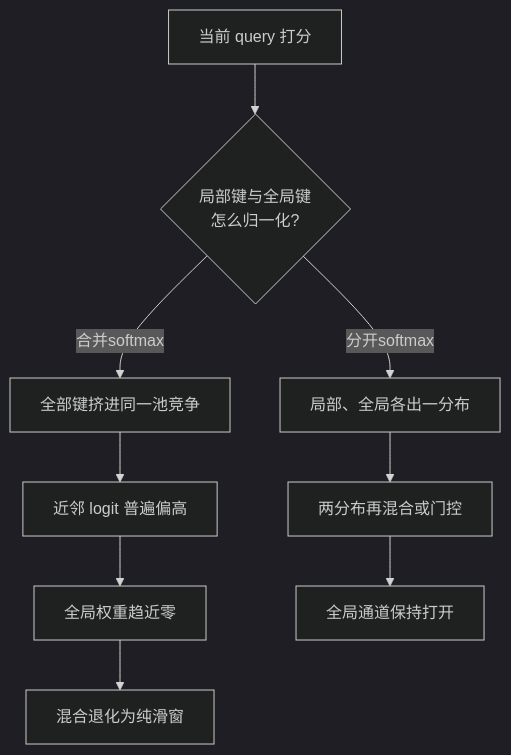
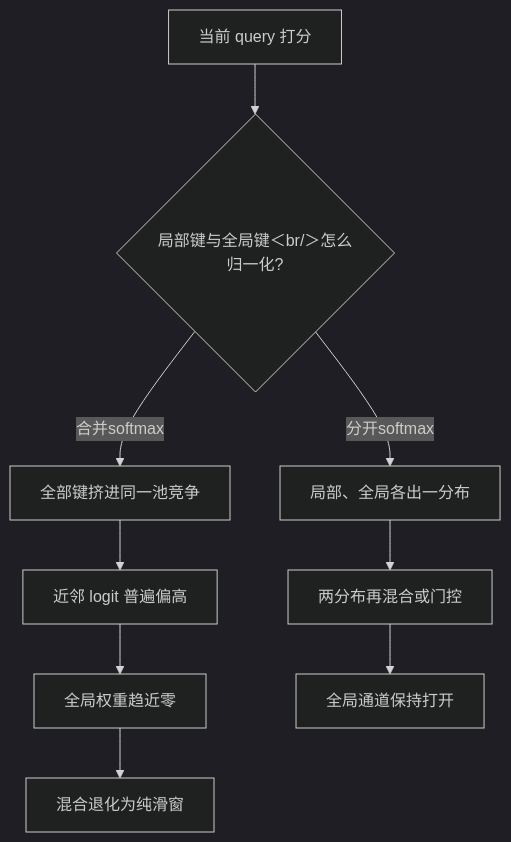
One commit to xhongduo-tech/xhongduo-tech.github.io changed the second of 2 diagrams in docs/llm/local-global-attention.md. Above: the diagram before and after it, drawn with Mermaid (dark theme). The commit also changed 291 other files, not shown here.

Commit message:
Normalize lesson titles to tree names and repair mermaid arrow/quote syntax site-wide.

````diff
--- a/docs/llm/local-global-attention.md
+++ b/docs/llm/local-global-attention.md
@@ -62,11 +62,11 @@
 ```mermaid
 flowchart TD
-  Q["当前 query 打分"] --> SM{"局部键与全局键<br/>怎么归一化?"}
+  Q["当前 query 打分"] --> SM{"局部键与全局键＜br/＞怎么归一化?"}
   SM -->|"合并softmax"| M1["全部键挤进同一池竞争"]
   M1 --> M2["近邻 logit 普遍偏高"]
   M2 --> M3["全局权重趋近零"]
   M3 --> M4["混合退化为纯滑窗"]
   SM -->|"分开softmax"| S1["局部、全局各出一分布"]
   S1 --> S2["两分布再混合或门控"]
   S2 --> S3["全局通道保持打开"]
 ```
````
